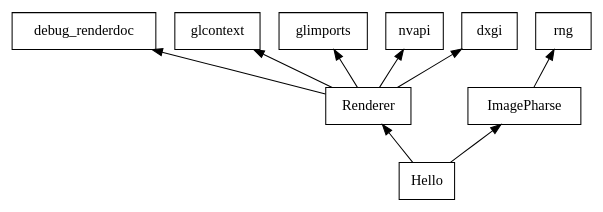
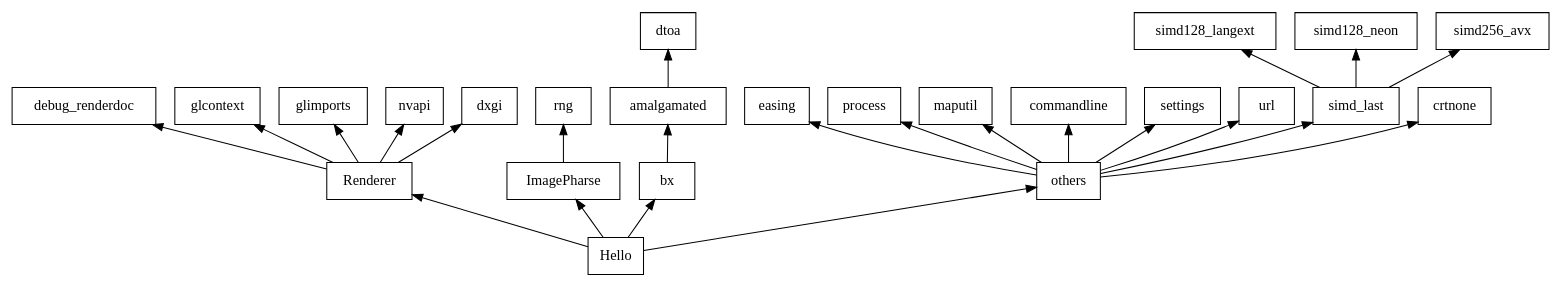
Before and after one commit to guo122/old_SxB: the diagram in doc/tinybgfx_helloworld.dot, drawn with Graphviz. The commit also changed 20 other files, not shown here.

```diff
--- a/doc/tinybgfx_helloworld.dot
+++ b/doc/tinybgfx_helloworld.dot
@@ -1,18 +1,38 @@
 digraph tinybgfx_helloworld {
 
 	rankdir = BT
 
 	node [
 		shape = "record"
 	]
 	
 	Hello -> Renderer
 	Renderer -> debug_renderdoc
 	Renderer -> glcontext
 	Renderer -> glimports
 	Renderer -> nvapi
 	Renderer -> dxgi
 	
 	Hello -> ImagePharse
 	ImagePharse -> rng
+	
+	Hello -> bx
+	Hello -> others
+	
+	others -> easing
+	others -> process
+	others -> maputil
+	others -> commandline
+	others -> settings
+	others -> url
+	
+	others -> simd_last
+	simd_last -> simd128_langext
+	simd_last -> simd128_neon
+	simd_last -> simd256_avx
+	
+	others -> crtnone
+	
+	bx -> amalgamated
+	amalgamated -> dtoa
 }
```
